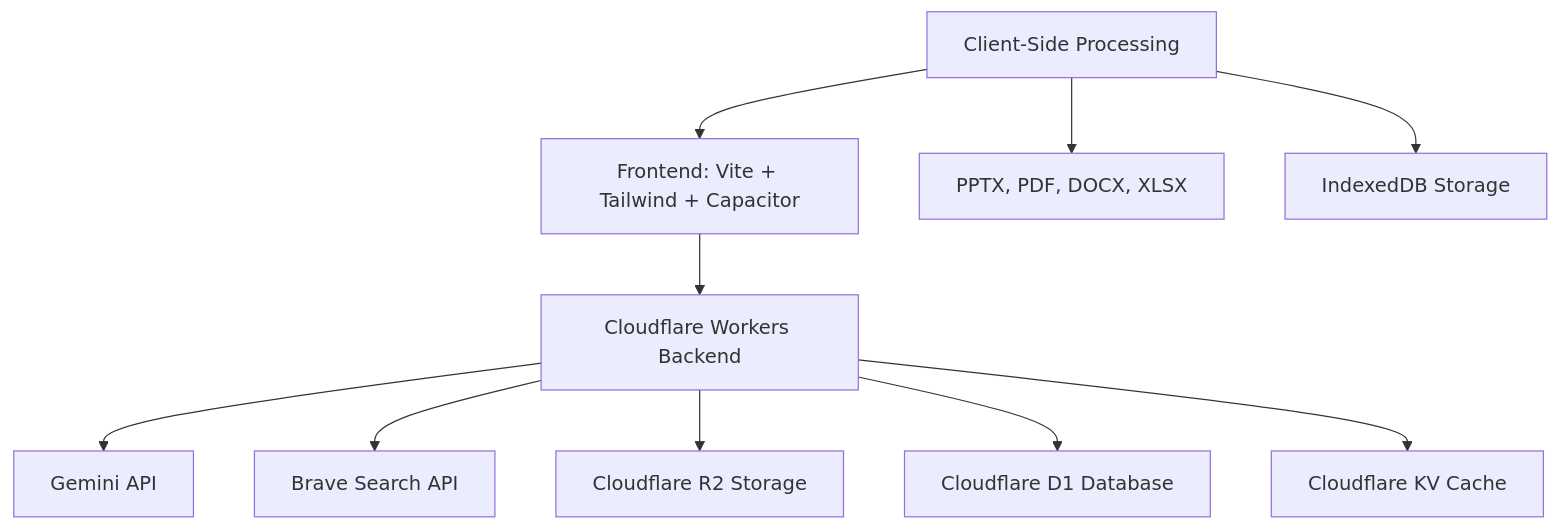
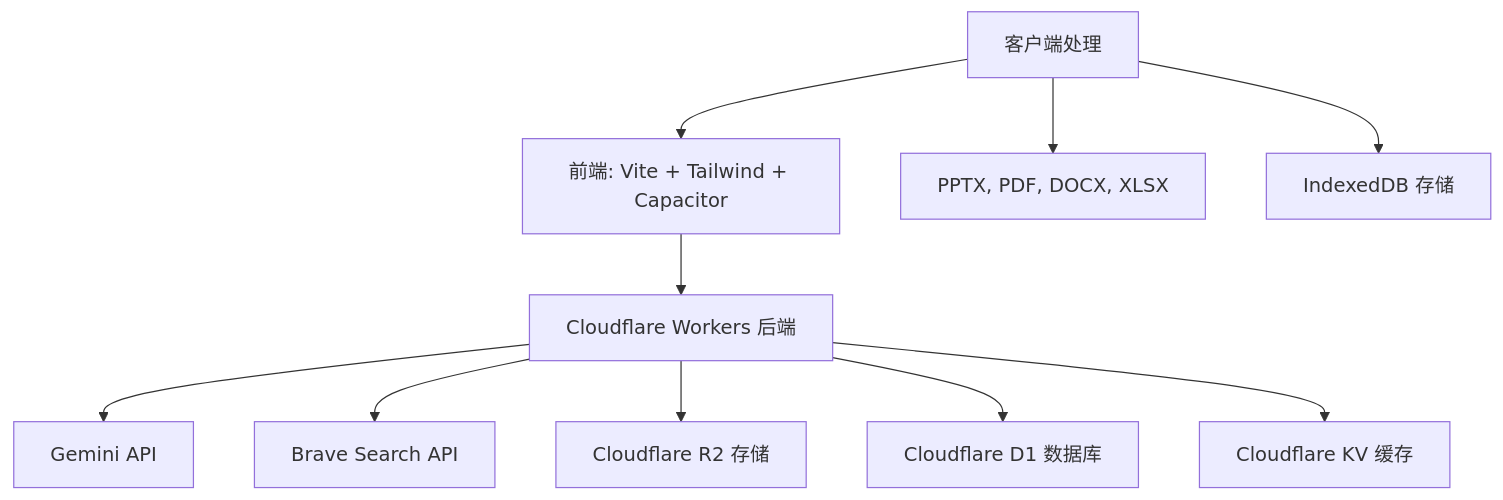
Before and after one commit to PandaSI-Labs/littleaibox: the diagram in README.zh-CN.md, drawn with Mermaid. The commit also changed 2 other files, not shown here.

Commit message:
Commit: Add Readme.md

````diff
--- a/README.zh-CN.md
+++ b/README.zh-CN.md
@@ -114,12 +114,12 @@
 ```mermaid
 graph TD
-    A[Frontend: Vite + Tailwind + Capacitor] --> B[Cloudflare Workers Backend]
+    A[前端: Vite + Tailwind + Capacitor] --> B[Cloudflare Workers 后端]
     B --> C[Gemini API]
     B --> D[Brave Search API]
-    B --> E[Cloudflare R2 Storage]
-    B --> F[Cloudflare D1 Database]
-    B --> G[Cloudflare KV Cache]
-    H[Client-Side Processing] --> A
+    B --> E[Cloudflare R2 存储]
+    B --> F[Cloudflare D1 数据库]
+    B --> G[Cloudflare KV 缓存]
+    H[客户端处理] --> A
     H --> I[PPTX, PDF, DOCX, XLSX]
-    H --> J[IndexedDB Storage]
+    H --> J[IndexedDB 存储]
 ```
````
